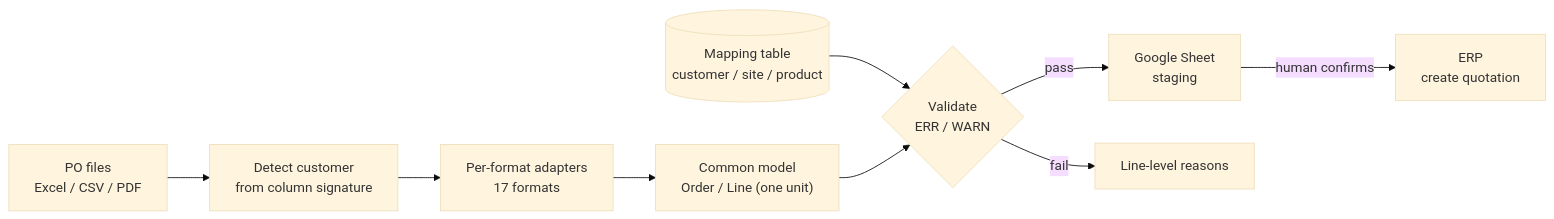
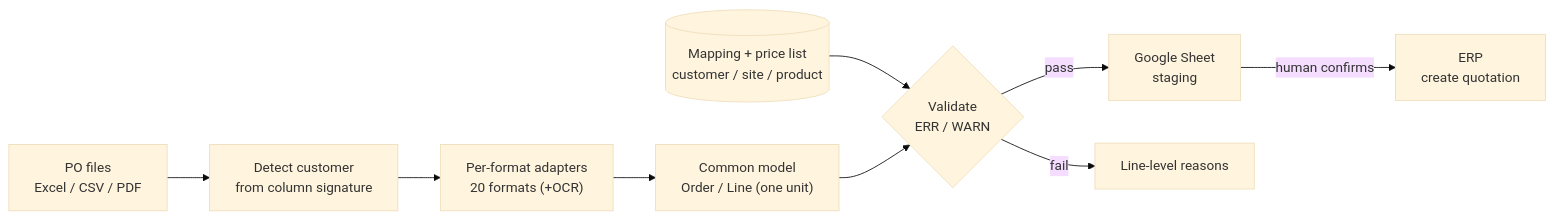
The second of 2 diagrams in projects/02-purchase-order-validation.md (mukrata-d05/mukrata-d05), drawn with Mermaid (base theme) before and after one commit. The commit also changed other lines of this file and 1 other file, not shown here.

Commit message:
Update PO validation case study: 20 formats with OCR, price check, remote use

````diff
--- a/projects/02-purchase-order-validation.md
+++ b/projects/02-purchase-order-validation.md
@@ -74,11 +78,11 @@
 ```mermaid
 flowchart LR
     A["PO files<br/>Excel / CSV / PDF"] --> B["Detect customer<br/>from column signature"]
-    B --> C["Per-format adapters<br/>17 formats"]
+    B --> C["Per-format adapters<br/>20 formats (+OCR)"]
     C --> D["Common model<br/>Order / Line (one unit)"]
-    M[("Mapping table<br/>customer / site / product")] --> E
+    M[("Mapping + price list<br/>customer / site / product")] --> E
     D --> E{"Validate<br/>ERR / WARN"}
     E -->|pass| F["Google Sheet<br/>staging"]
     F -->|human confirms| G["ERP<br/>create quotation"]
     E -->|fail| H["Line-level reasons"]
 ```
````
